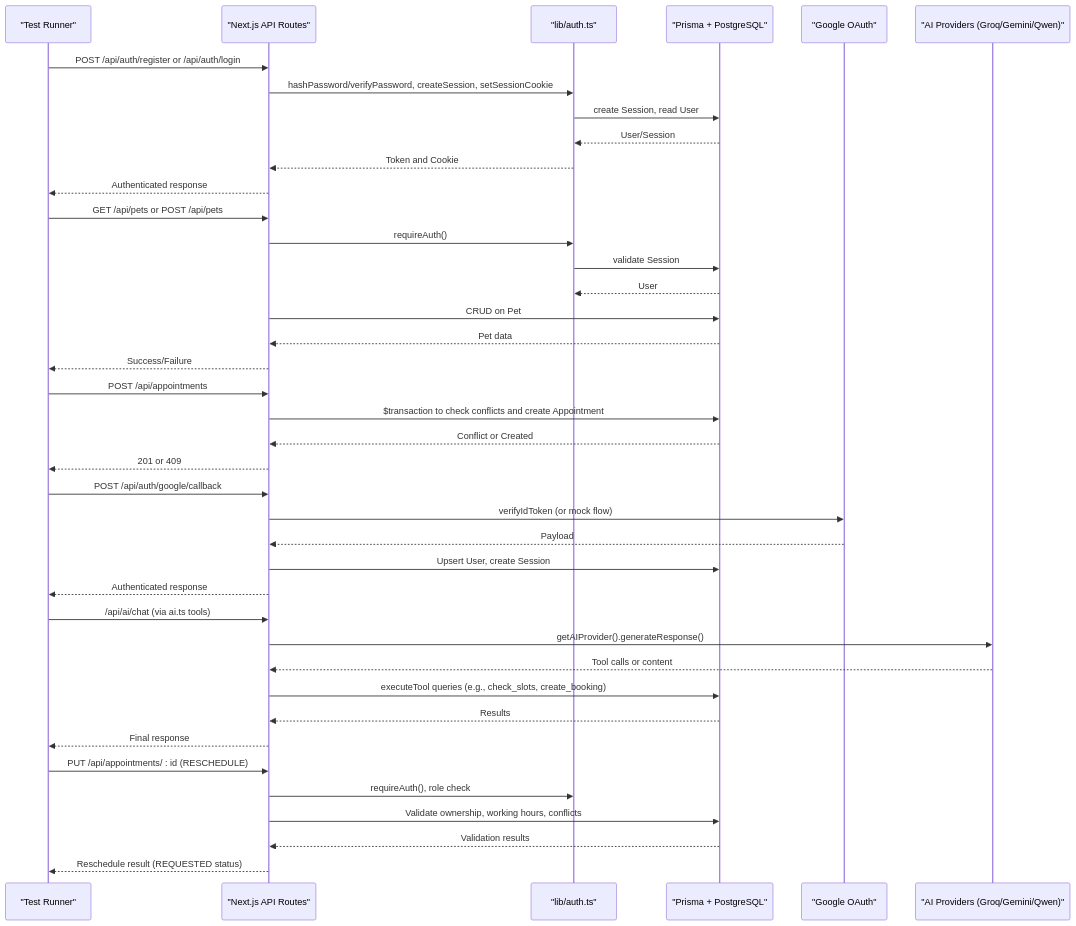
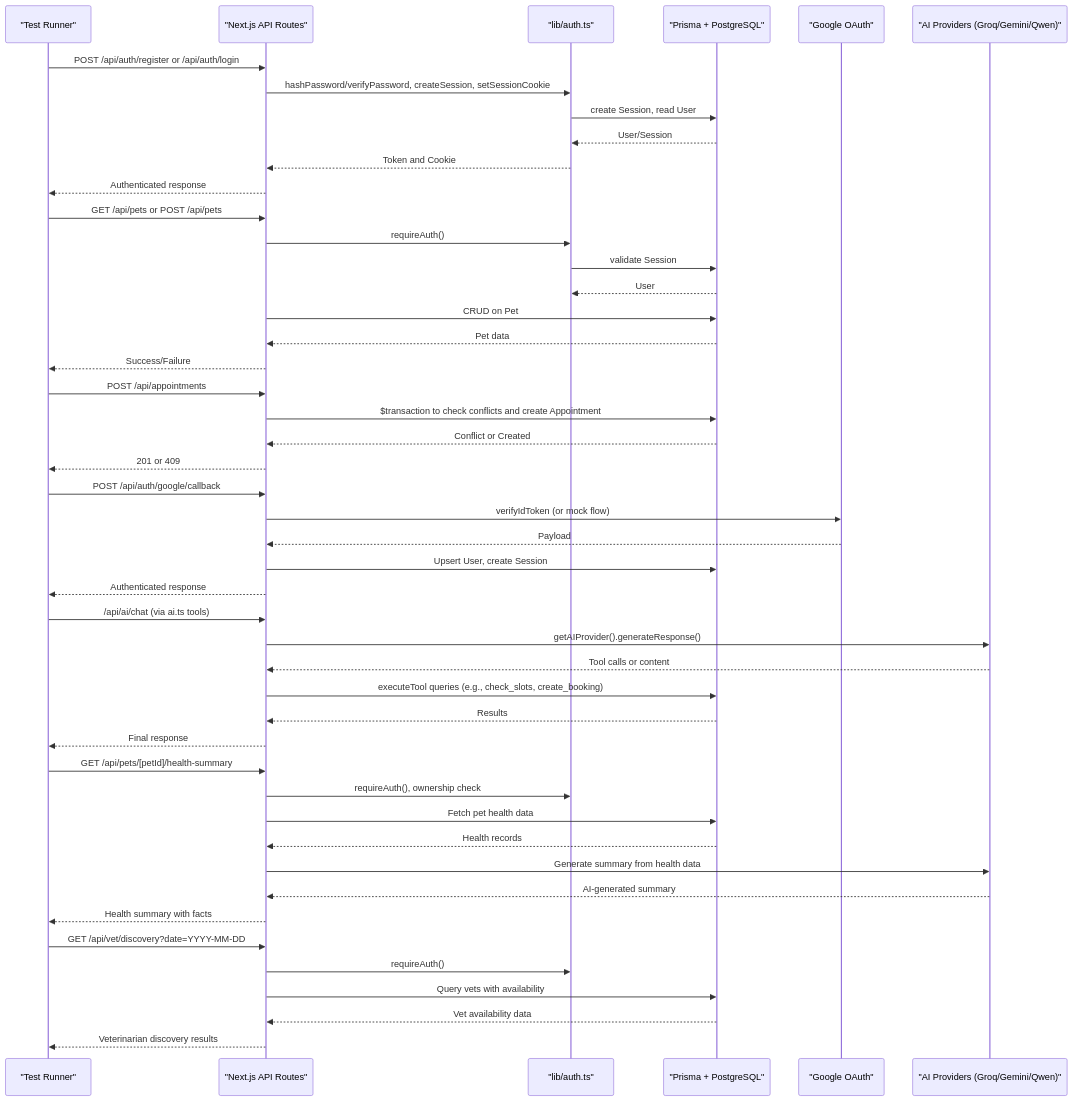
One commit to Javeria-Javaid/ai-powered-pet-healthcare-ecosystem changed the second of 11 diagrams in .qoder/repowiki/en/content/Testing Strategy/Integration Testing.md. Above: the diagram before and after it, drawn with Mermaid. The commit also changed other lines of this file and 53 other files, not shown here.

````diff
--- a/.qoder/repowiki/en/content/Testing Strategy/Integration Testing.md
+++ b/.qoder/repowiki/en/content/Testing Strategy/Integration Testing.md
@@ -157,42 +186,49 @@
 ```mermaid
 sequenceDiagram
 participant T as "Test Runner"
 participant API as "Next.js API Routes"
 participant AUTH as "lib/auth.ts"
 participant DB as "Prisma + PostgreSQL"
 participant G as "Google OAuth"
 participant AI as "AI Providers (Groq/Gemini/Qwen)"
 T->>API : POST /api/auth/register or /api/auth/login
 API->>AUTH : hashPassword/verifyPassword, createSession, setSessionCookie
 AUTH->>DB : create Session, read User
 DB-->>AUTH : User/Session
 AUTH-->>API : Token and Cookie
 API-->>T : Authenticated response
 T->>API : GET /api/pets or POST /api/pets
 API->>AUTH : requireAuth()
 AUTH->>DB : validate Session
 DB-->>AUTH : User
 API->>DB : CRUD on Pet
 DB-->>API : Pet data
 API-->>T : Success/Failure
 T->>API : POST /api/appointments
 API->>DB : $transaction to check conflicts and create Appointment
 DB-->>API : Conflict or Created
 API-->>T : 201 or 409
 T->>API : POST /api/auth/google/callback
 API->>G : verifyIdToken (or mock flow)
 G-->>API : Payload
 API->>DB : Upsert User, create Session
 API-->>T : Authenticated response
 T->>API : /api/ai/chat (via ai.ts tools)
 API->>AI : getAIProvider().generateResponse()
 AI-->>API : Tool calls or content
 API->>DB : executeTool queries (e.g., check_slots, create_booking)
 DB-->>API : Results
 API-->>T : Final response
-T->>API : PUT /api/appointments/ : id (RESCHEDULE)
-API->>AUTH : requireAuth(), role check
-API->>DB : Validate ownership, working hours, conflicts
-DB-->>API : Validation results
-API-->>T : Reschedule result (REQUESTED status)
+T->>API : GET /api/pets/[petId]/health-summary
+API->>AUTH : requireAuth(), ownership check
+API->>DB : Fetch pet health data
+DB-->>API : Health records
+API->>AI : Generate summary from health data
+AI-->>API : AI-generated summary
+API-->>T : Health summary with facts
+T->>API : GET /api/vet/discovery?date=YYYY-MM-DD
+API->>AUTH : requireAuth()
+API->>DB : Query vets with availability
+DB-->>API : Vet availability data
+API-->>T : Veterinarian discovery results
 ```
````
